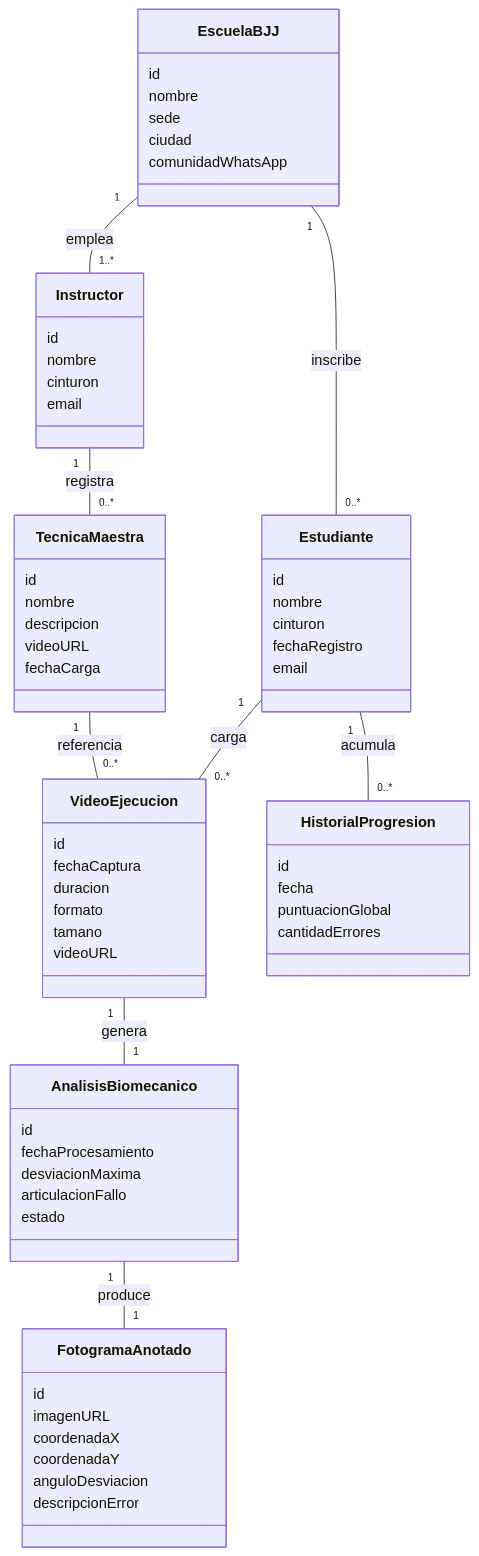
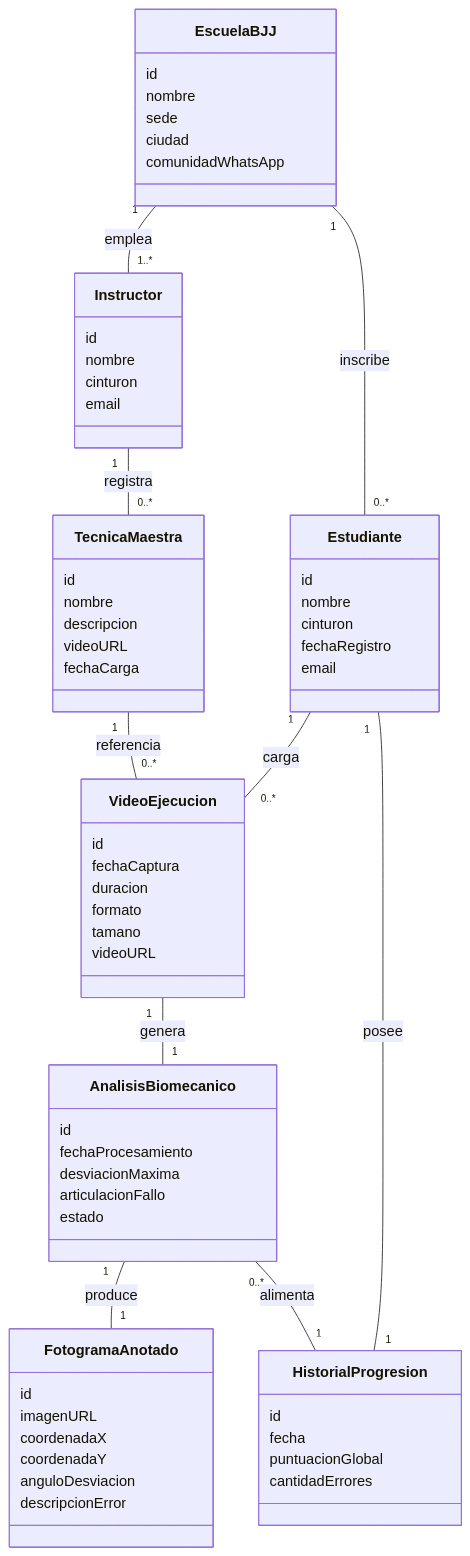
Before and after one commit to Tsmrain/JiuJitsu: the third of 3 diagrams in README.md, drawn with Mermaid. The commit also changed other lines of this file, not shown here.

Commit message:
docs: refine technical specifications, performance analysis, and architectural constraints in README.md

````diff
--- a/README.md
+++ b/README.md
@@ -612,68 +621,69 @@
 ```mermaid
 classDiagram
     class EscuelaBJJ {
         id
         nombre
         sede
         ciudad
         comunidadWhatsApp
     }
     class Instructor {
         id
         nombre
         cinturon
         email
     }
     class Estudiante {
         id
         nombre
         cinturon
         fechaRegistro
         email
     }
     class TecnicaMaestra {
         id
         nombre
         descripcion
         videoURL
         fechaCarga
     }
     class VideoEjecucion {
         id
         fechaCaptura
         duracion
         formato
         tamano
         videoURL
     }
     class AnalisisBiomecanico {
         id
         fechaProcesamiento
         desviacionMaxima
         articulacionFallo
         estado
     }
     class FotogramaAnotado {
         id
         imagenURL
         coordenadaX
         coordenadaY
         anguloDesviacion
         descripcionError
     }
     class HistorialProgresion {
         id
         fecha
         puntuacionGlobal
         cantidadErrores
     }
 
     EscuelaBJJ "1" -- "1..*" Instructor : emplea
     EscuelaBJJ "1" -- "0..*" Estudiante : inscribe
     Instructor "1" -- "0..*" TecnicaMaestra : registra
     Estudiante "1" -- "0..*" VideoEjecucion : carga
     TecnicaMaestra "1" -- "0..*" VideoEjecucion : referencia
     VideoEjecucion "1" -- "1" AnalisisBiomecanico : genera
     AnalisisBiomecanico "1" -- "1" FotogramaAnotado : produce
-    Estudiante "1" -- "0..*" HistorialProgresion : acumula
+    AnalisisBiomecanico "0..*" -- "1" HistorialProgresion : alimenta
+    Estudiante "1" -- "1" HistorialProgresion : posee
 ```
````
